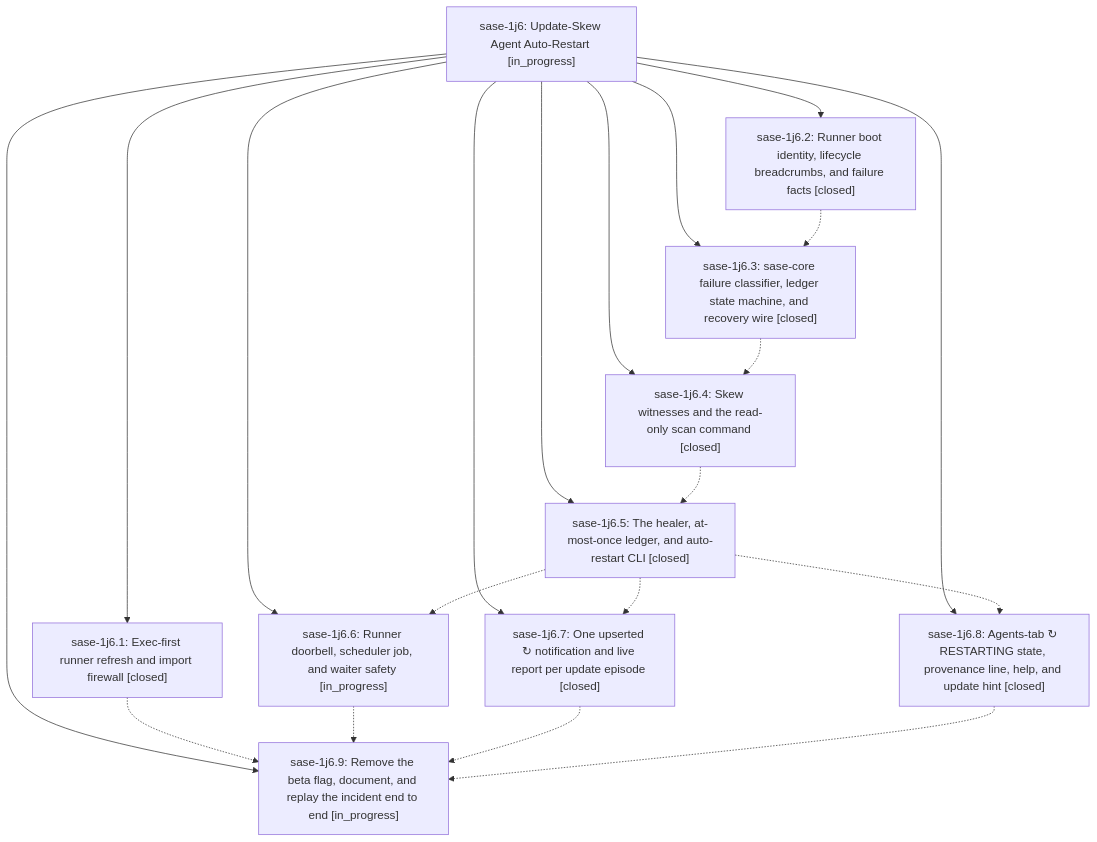
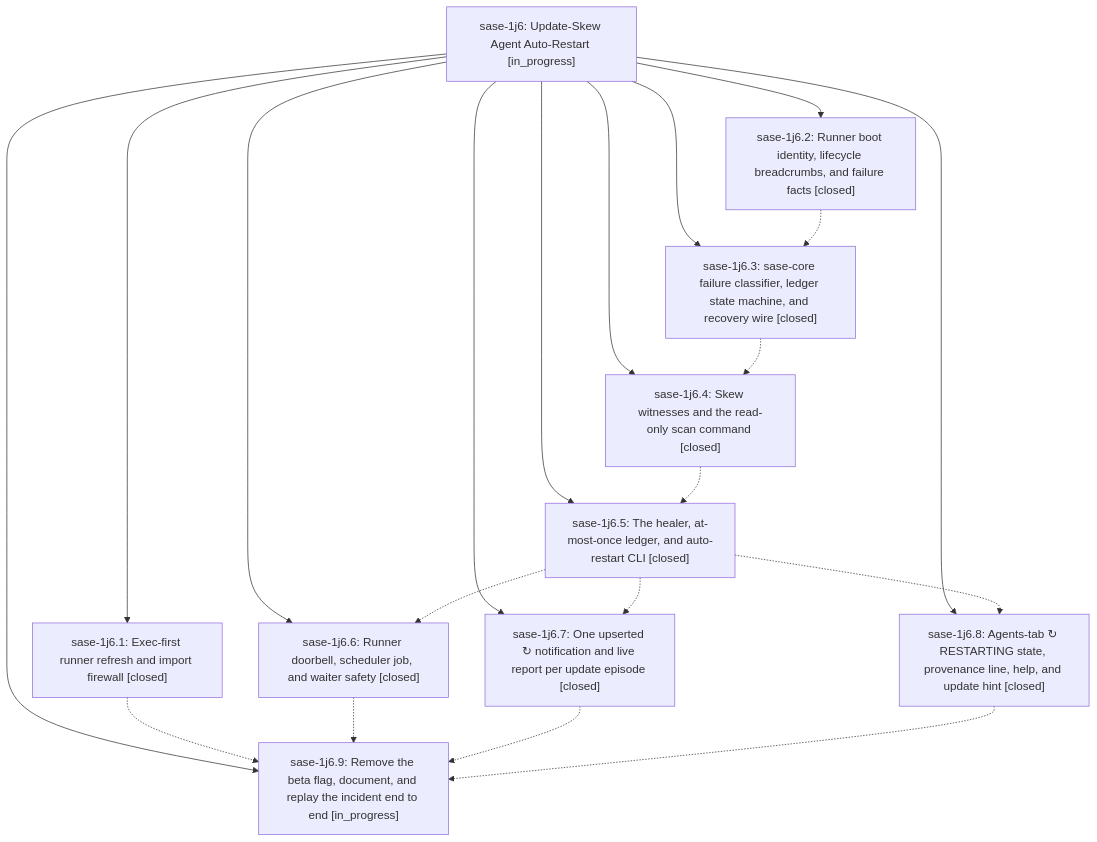
One commit to sase-org/sase--beads changed the diagram in pages/sase-1j6/README.md. Above: the diagram before and after it, drawn with Mermaid. The commit also changed other lines of this file and 4 other files, not shown here.

````diff
--- a/pages/sase-1j6/README.md
+++ b/pages/sase-1j6/README.md
@@ -44,32 +44,32 @@
 ```mermaid
 flowchart TD
     n0["sase-1j6: Update-Skew Agent Auto-Restart [in_progress]"]
     n1["sase-1j6.1: Exec-first runner refresh and import firewall [closed]"]
     n2["sase-1j6.2: Runner boot identity, lifecycle breadcrumbs, and failure facts [closed]"]
     n3["sase-1j6.3: sase-core failure classifier, ledger state machine, and recovery wire [closed]"]
     n4["sase-1j6.4: Skew witnesses and the read-only scan command [closed]"]
     n5["sase-1j6.5: The healer, at-most-once ledger, and auto-restart CLI [closed]"]
-    n6["sase-1j6.6: Runner doorbell, scheduler job, and waiter safety [in_progress]"]
+    n6["sase-1j6.6: Runner doorbell, scheduler job, and waiter safety [closed]"]
     n7["sase-1j6.7: One upserted ↻ notification and live report per update episode [closed]"]
     n8["sase-1j6.8: Agents-tab ↻ RESTARTING state, provenance line, help, and update hint [closed]"]
     n9["sase-1j6.9: Remove the beta flag, document, and replay the incident end to end [in_progress]"]
     n0 --> n1
     n0 --> n2
     n0 --> n3
     n0 --> n4
     n0 --> n5
     n0 --> n6
     n0 --> n7
     n0 --> n8
     n0 --> n9
     n1 -.-> n9
     n2 -.-> n3
     n3 -.-> n4
     n4 -.-> n5
     n5 -.-> n6
     n5 -.-> n7
     n5 -.-> n8
     n6 -.-> n9
     n7 -.-> n9
     n8 -.-> n9
 ```
````
